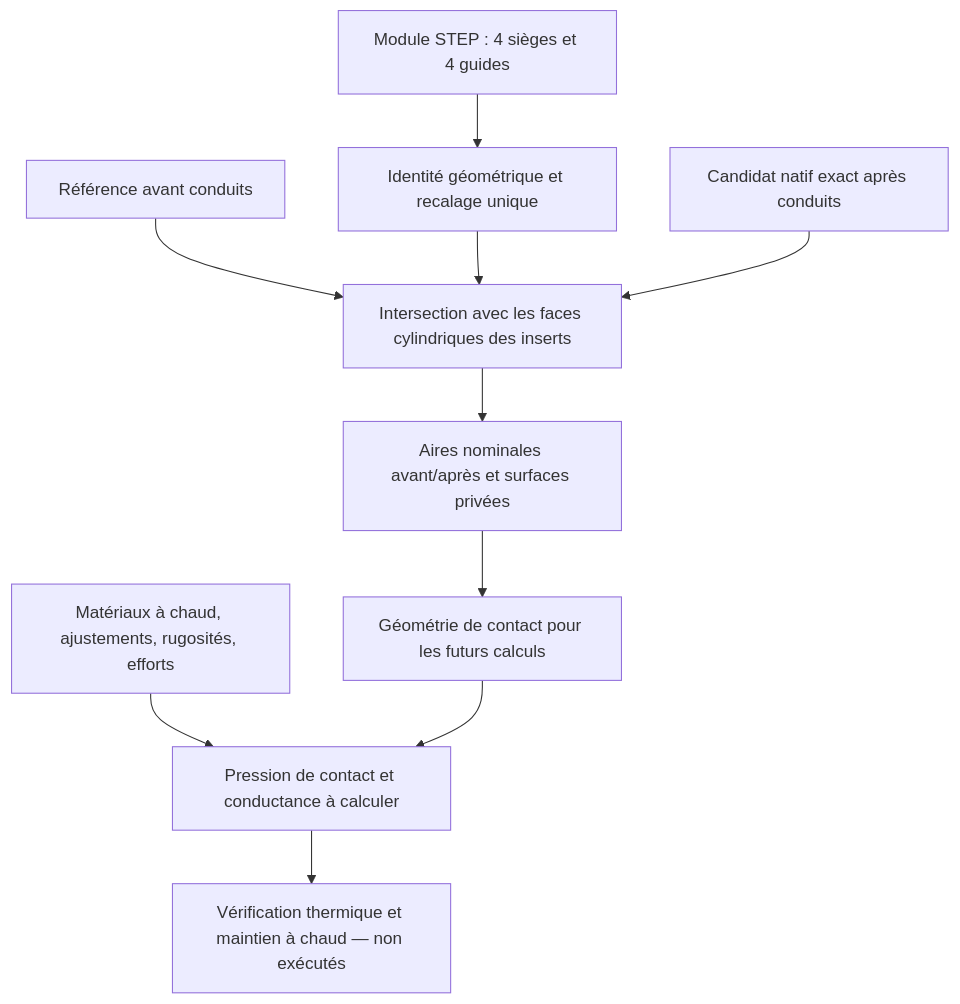
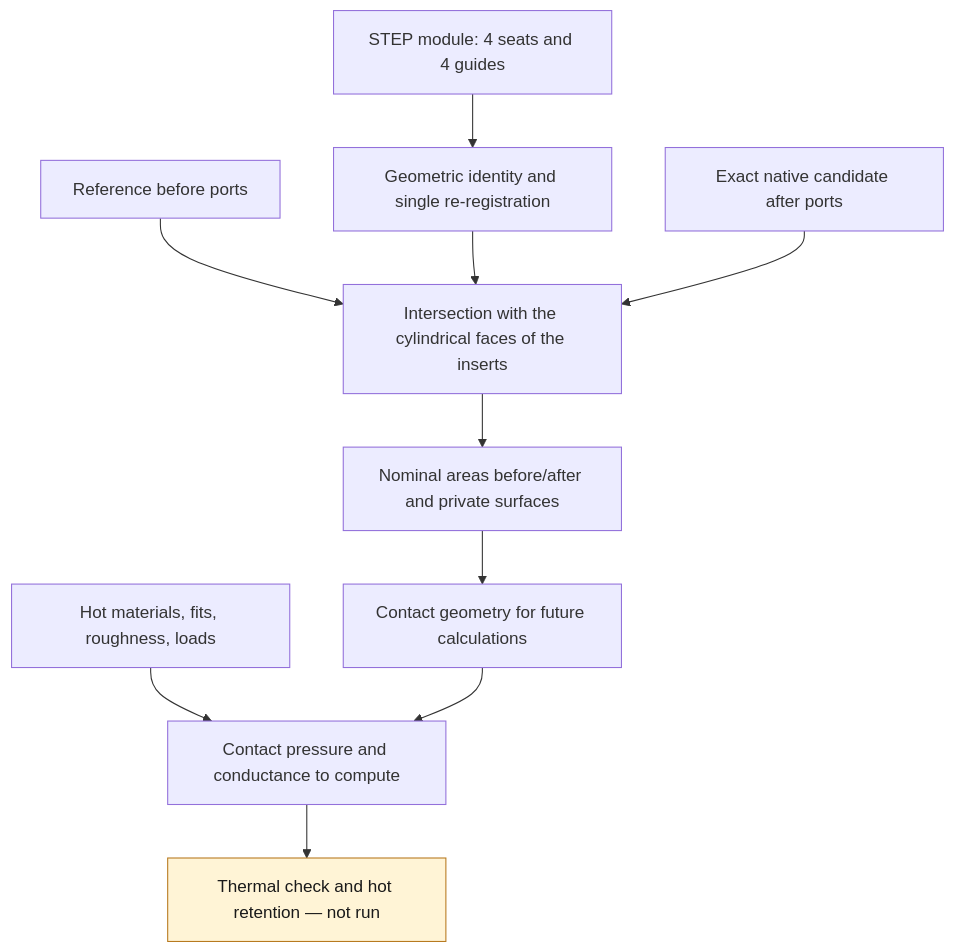
Before and after one commit to cluster2600/porscheparts: the diagram in docs/reports/M64_NATIVE_CAD_CONTACTS_AND_MESH_20260907.md, drawn with Mermaid. The commit also changed other lines of this file and 228 other files, not shown here.

````diff
--- a/docs/reports/M64_NATIVE_CAD_CONTACTS_AND_MESH_20260907.md
+++ b/docs/reports/M64_NATIVE_CAD_CONTACTS_AND_MESH_20260907.md
@@ -51,12 +51,14 @@
 ```mermaid
 flowchart TD
-    A["Module STEP : 4 sièges et 4 guides"] --> B["Identité géométrique et recalage unique"]
-    R["Référence avant conduits"] --> C["Intersection avec les faces cylindriques des inserts"]
+    A["STEP module: 4 seats and 4 guides"] --> B["Geometric identity and single re-registration"]
+    R["Reference before ports"] --> C["Intersection with the cylindrical faces of the inserts"]
     B --> C
-    P["Candidat natif exact après conduits"] --> C
-    C --> D["Aires nominales avant/après et surfaces privées"]
-    D --> E["Géométrie de contact pour les futurs calculs"]
-    M["Matériaux à chaud, ajustements, rugosités, efforts"] --> F["Pression de contact et conductance à calculer"]
+    P["Exact native candidate after ports"] --> C
+    C --> D["Nominal areas before/after and private surfaces"]
+    D --> E["Contact geometry for future calculations"]
+    M["Hot materials, fits, roughness, loads"] --> F["Contact pressure and conductance to compute"]
     E --> F
-    F --> G["Vérification thermique et maintien à chaud — non exécutés"]
+    F --> G["Thermal check and hot retention — not run"]
+    classDef open fill:#fff4d6,stroke:#b7791f,color:#1a1a1a;
+    class G open;
 ```
````
